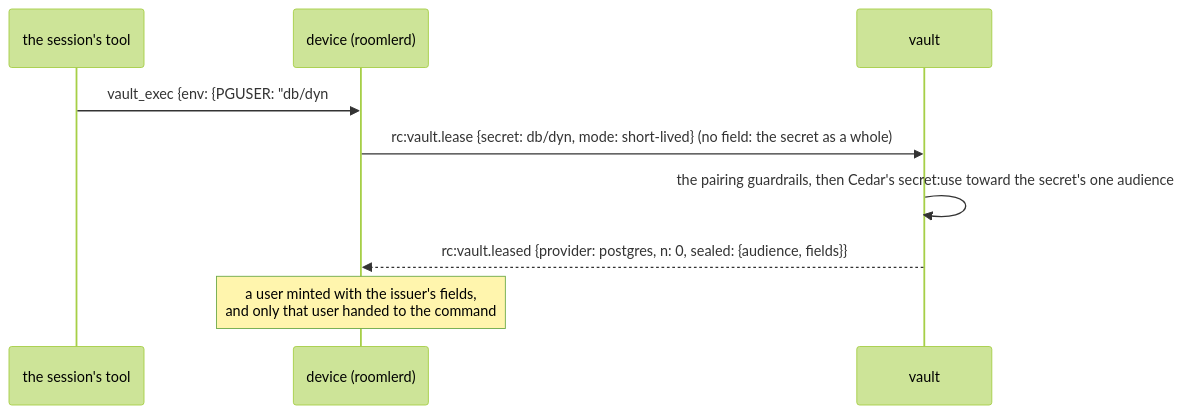
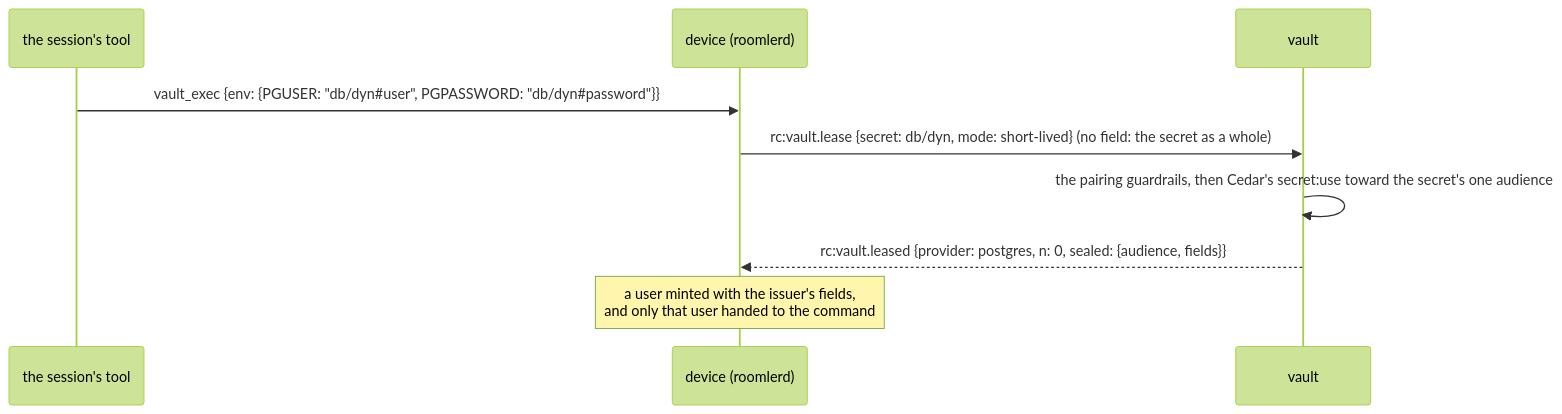
One commit to gjovanov/roomler-ai changed diagram 22 of 28 in docs/vault.md. Above: the diagram before and after it, drawn with Mermaid (forest theme). The commit also changed other lines of this file and 25 other files, not shown here.

````diff
--- a/docs/vault.md
+++ b/docs/vault.md
@@ -1619,11 +1619,11 @@
 ```mermaid
 sequenceDiagram
     participant S as the session's tool
     participant D as device (roomlerd)
     participant V as vault
-    S->>D: vault_exec {env: {PGUSER: "db/dyn#user", PGPASSWORD: "db/dyn#password"}}
+    S->>D: vault_exec {env: {PGUSER: "db/dyn#35;user", PGPASSWORD: "db/dyn#35;password"}}
     D->>V: rc:vault.lease {secret: db/dyn, mode: short-lived} (no field: the secret as a whole)
     V->>V: the pairing guardrails, then Cedar's secret:use toward the secret's one audience
     V-->>D: rc:vault.leased {provider: postgres, n: 0, sealed: {audience, fields}}
     Note over D: a user minted with the issuer's fields,<br/>and only that user handed to the command
 ```
````
